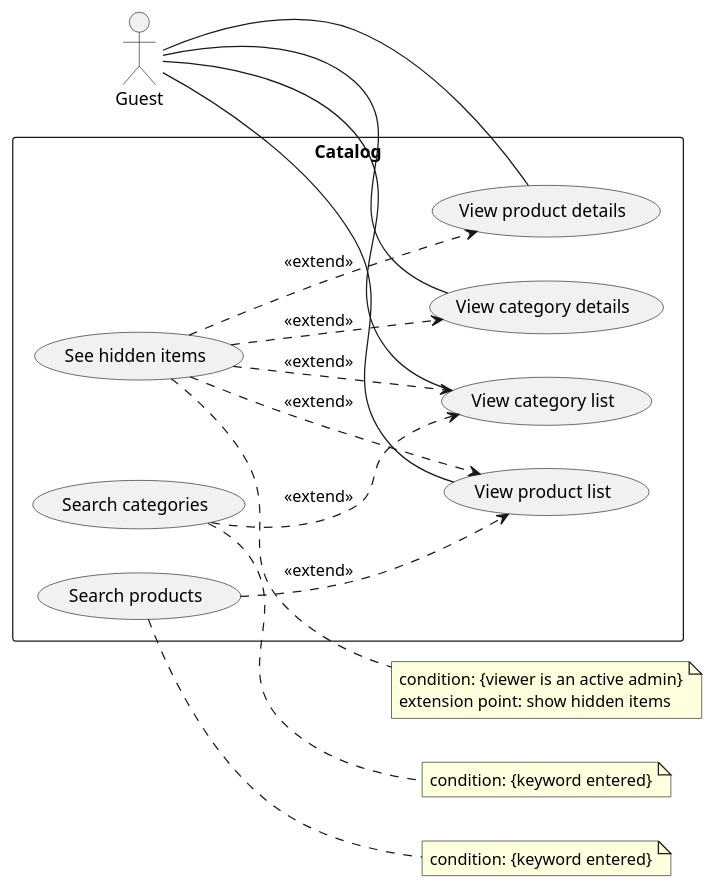
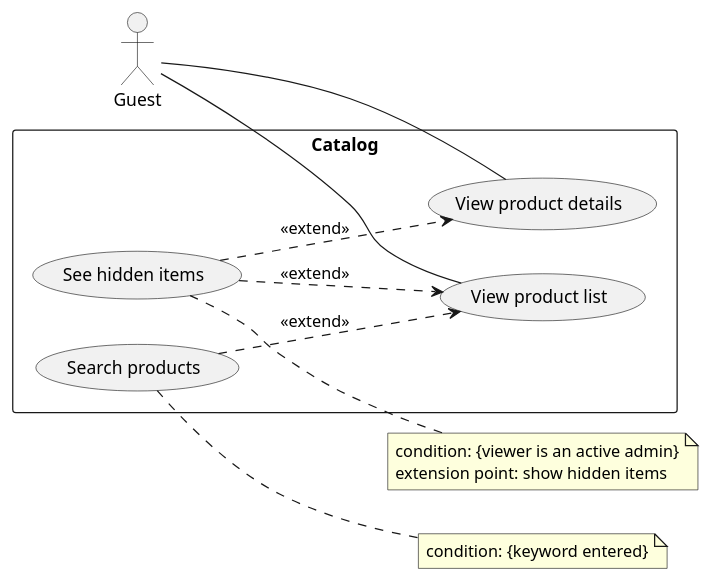
One commit to tiennguyen-agilityio/nestjs-training changed the second of 7 diagrams in docs/uml/use-case-diagram.puml. Above: the diagram before and after it, drawn with PlantUML. The commit also changed other lines of this file, not shown here.

Commit message:
docs: add shipping module to the UML use case diagram

```diff
--- a/docs/uml/use-case-diagram.puml
+++ b/docs/uml/use-case-diagram.puml
@@ -84,29 +78,20 @@
 @startuml use-case-catalog
 left to right direction
 actor Guest
 rectangle Catalog {
   usecase "View product list" as BP
   usecase "View product details" as VP
-  usecase "View category details" as VC
-  usecase "View category list" as BC
   usecase "Search products" as SP
-  usecase "Search categories" as SC
   usecase "See hidden items" as Hidden
 }
 Guest -- BP
 Guest -- VP
-Guest -- VC
-Guest -- BC
 SP ..> BP : <<extend>>
-SC ..> BC : <<extend>>
 note right of SP : condition: {keyword entered}
-note right of SC : condition: {keyword entered}
 Hidden ..> BP : <<extend>>
 Hidden ..> VP : <<extend>>
-Hidden ..> VC : <<extend>>
-Hidden ..> BC : <<extend>>
 note right of Hidden
   condition: {viewer is an active admin}
   extension point: show hidden items
 end note
 @enduml
```
